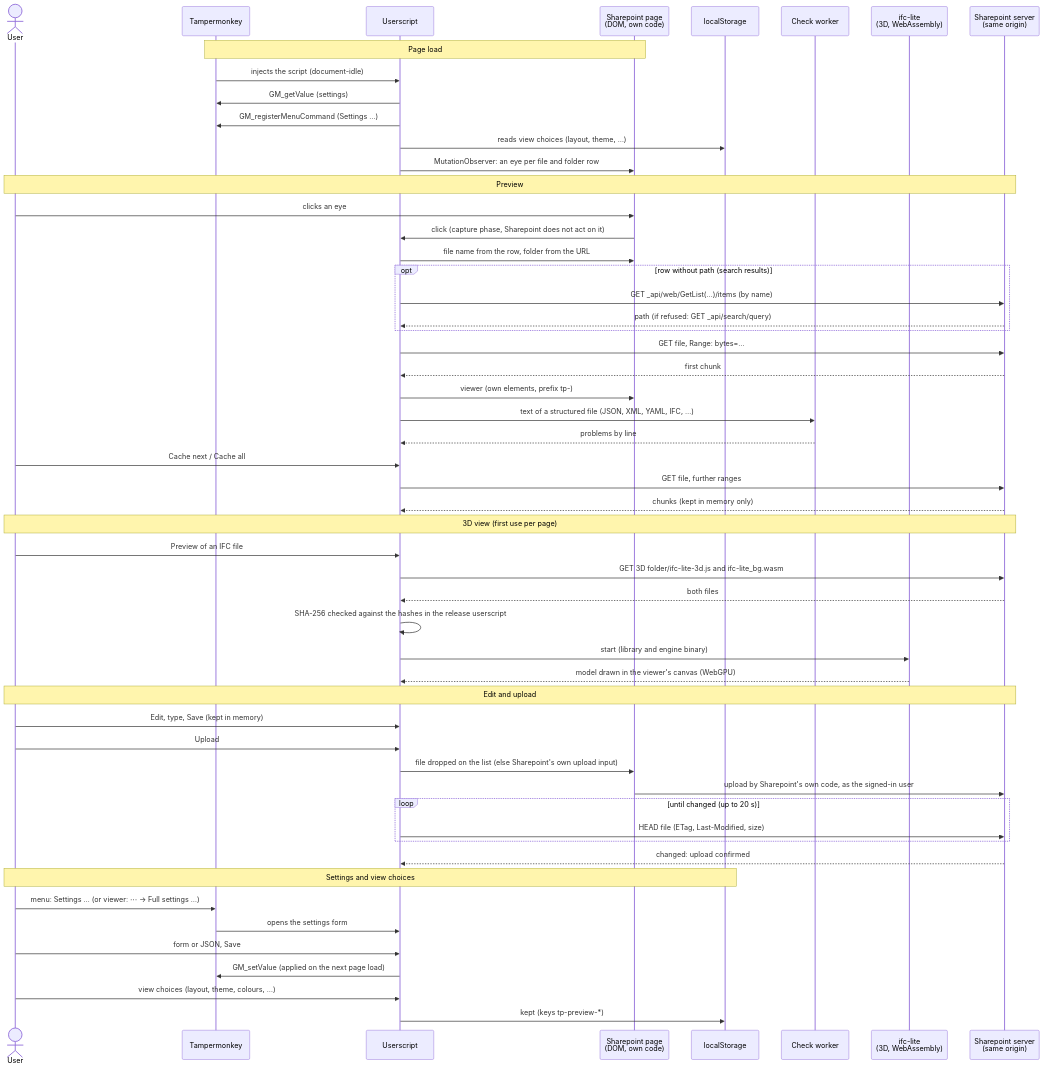
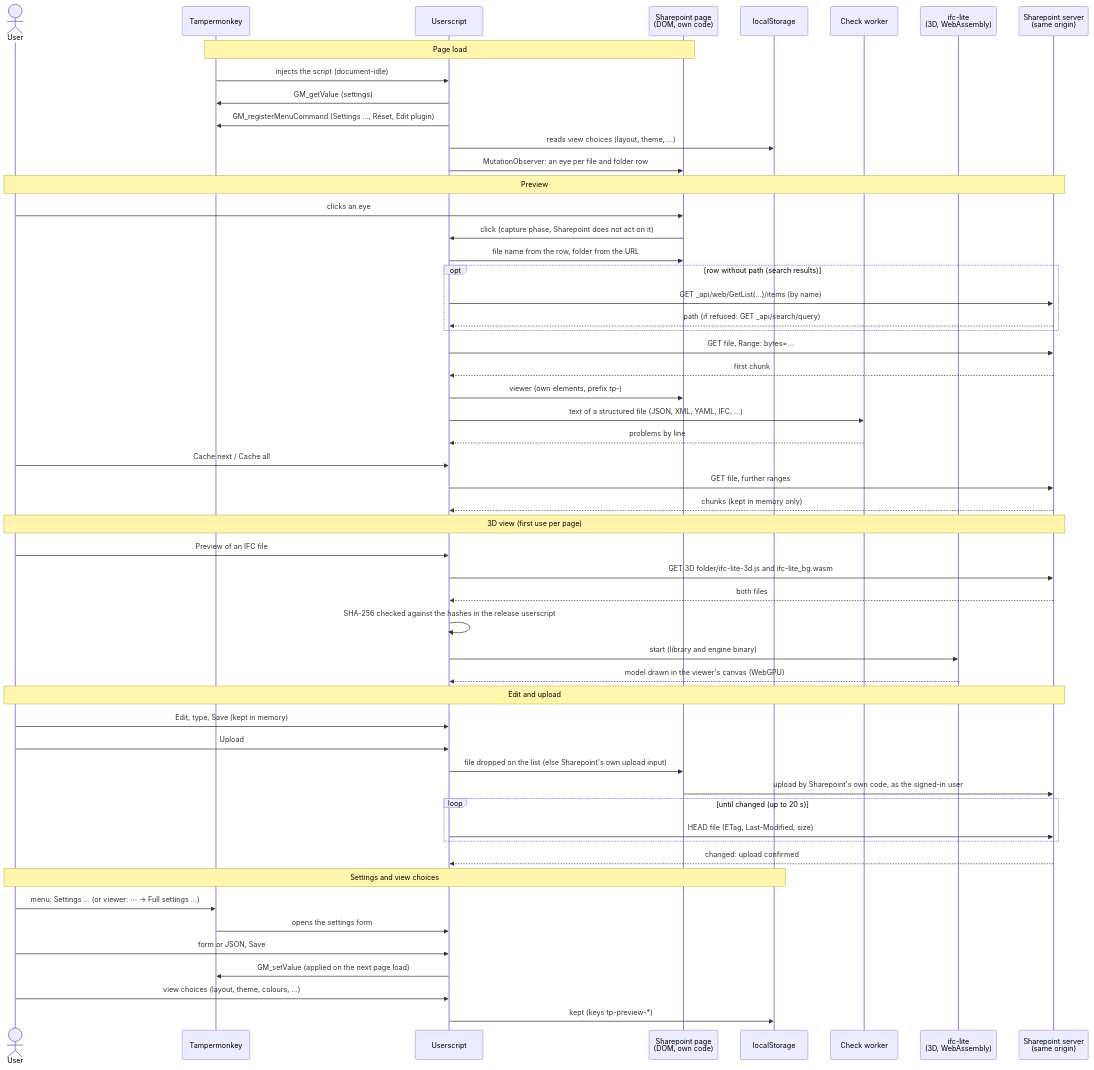
One commit to raj-open/sharepoint-previewer changed the diagram in NOTES.md. Above: the diagram before and after it, drawn with Mermaid. The commit also changed other lines of this file and 12 other files, not shown here.

First line of the commit message:
story-edit-menu > staging: "Edit plugin" in the Tampermonkey menu

````diff
--- a/NOTES.md
+++ b/NOTES.md
@@ -64,61 +64,61 @@
 ```mermaid
 sequenceDiagram
     actor User
     participant TM as Tampermonkey
     participant US as Userscript
     participant Page as Sharepoint page<br>(DOM, own code)
     participant LS as localStorage
     participant W as Check worker
     participant IFC as ifc-lite<br>(3D, WebAssembly)
     participant SP as Sharepoint server<br>(same origin)
 
     Note over TM,Page: Page load
     TM->>US: injects the script (document-idle)
     US->>TM: GM_getValue (settings)
-    US->>TM: GM_registerMenuCommand (Settings …)
+    US->>TM: GM_registerMenuCommand (Settings …, Reset, Edit plugin)
     US->>LS: reads view choices (layout, theme, …)
     US->>Page: MutationObserver: an eye per file and folder row
 
     Note over User,SP: Preview
     User->>Page: clicks an eye
     Page->>US: click (capture phase, Sharepoint does not act on it)
     US->>Page: file name from the row, folder from the URL
     opt row without path (search results)
         US->>SP: GET _api/web/GetList(…)/items (by name)
         SP-->>US: path (if refused: GET _api/search/query)
     end
     US->>SP: GET file, Range: bytes=…
     SP-->>US: first chunk
     US->>Page: viewer (own elements, prefix tp-)
     US->>W: text of a structured file (JSON, XML, YAML, IFC, …)
     W-->>US: problems by line
     User->>US: Cache next / Cache all
     US->>SP: GET file, further ranges
     SP-->>US: chunks (kept in memory only)
 
     Note over User,SP: 3D view (first use per page)
     User->>US: Preview of an IFC file
     US->>SP: GET 3D folder/ifc-lite-3d.js and ifc-lite_bg.wasm
     SP-->>US: both files
     US->>US: SHA-256 checked against the hashes in the release userscript
     US->>IFC: start (library and engine binary)
     IFC-->>US: model drawn in the viewer's canvas (WebGPU)
 
     Note over User,SP: Edit and upload
     User->>US: Edit, type, Save (kept in memory)
     User->>US: Upload
     US->>Page: file dropped on the list (else Sharepoint's own upload input)
     Page->>SP: upload by Sharepoint's own code, as the signed-in user
     loop until changed (up to 20 s)
         US->>SP: HEAD file (ETag, Last-Modified, size)
     end
     SP-->>US: changed: upload confirmed
 
     Note over User,LS: Settings and view choices
     User->>TM: menu: Settings … (or viewer: ⋯ → Full settings …)
     TM->>US: opens the settings form
     User->>US: form or JSON, Save
     US->>TM: GM_setValue (applied on the next page load)
     User->>US: view choices (layout, theme, colours, …)
     US->>LS: kept (keys tp-preview-*)
 ```
````
